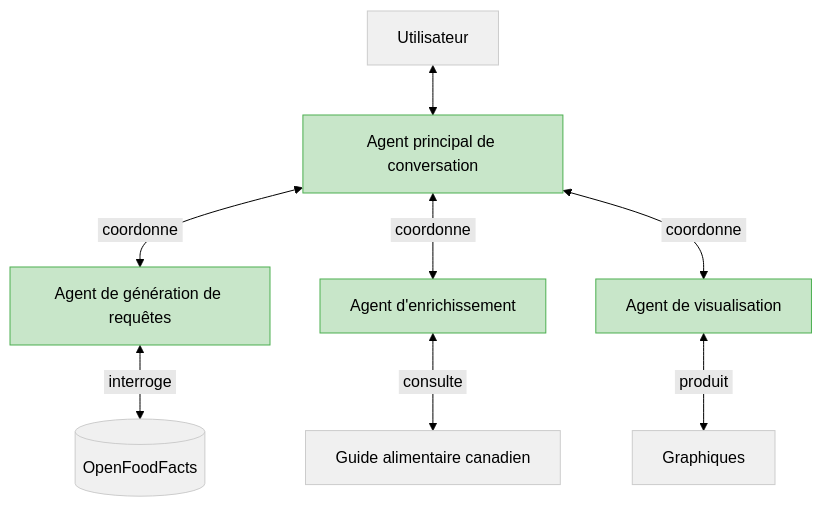
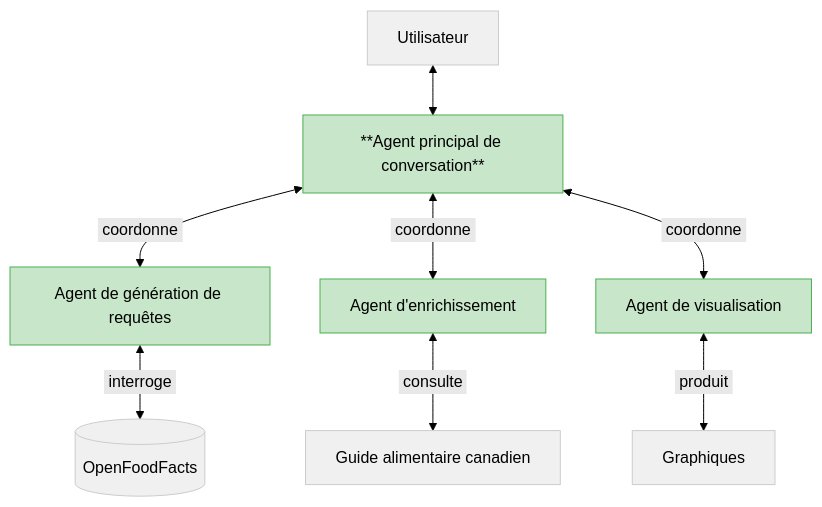
One commit to boisalai/ift-6005 changed the diagram in docs/markdown/plan.md. Above: the diagram before and after it, drawn with Mermaid (forest theme). The commit also changed other lines of this file and 6 other files, not shown here.

````diff
--- a/docs/markdown/plan.md
+++ b/docs/markdown/plan.md
@@ -63,19 +63,19 @@
 ```mermaid
 graph TD
     classDef main fill:#c8e6c9,stroke:#4caf50
     classDef agent fill:#c8e6c9,stroke:#4caf50
     classDef resource fill:#f0f0f0,stroke:#cccccc
 
-    U[Utilisateur] <--> MA[Agent principal de conversation]
+    U[Utilisateur] <--> MA[**Agent principal de conversation**]
     MA <-->|&nbsp;coordonne&nbsp;| A1[Agent de génération de requêtes]
     MA <-->|&nbsp;coordonne&nbsp;| A2[Agent d'enrichissement]
     MA <-->|&nbsp;coordonne&nbsp;| A3[Agent de visualisation]
     
     A1 <-->|&nbsp;interroge&nbsp;| DB[(OpenFoodFacts)]
     A2 <-->|&nbsp;consulte&nbsp;| GAC[Guide alimentaire canadien]
     A3 <-->|&nbsp;produit&nbsp;| V[Graphiques]
     
     class MA main
     class A1,A2,A3 agent
     class U,DB,GAC,V resource
 ```
````
